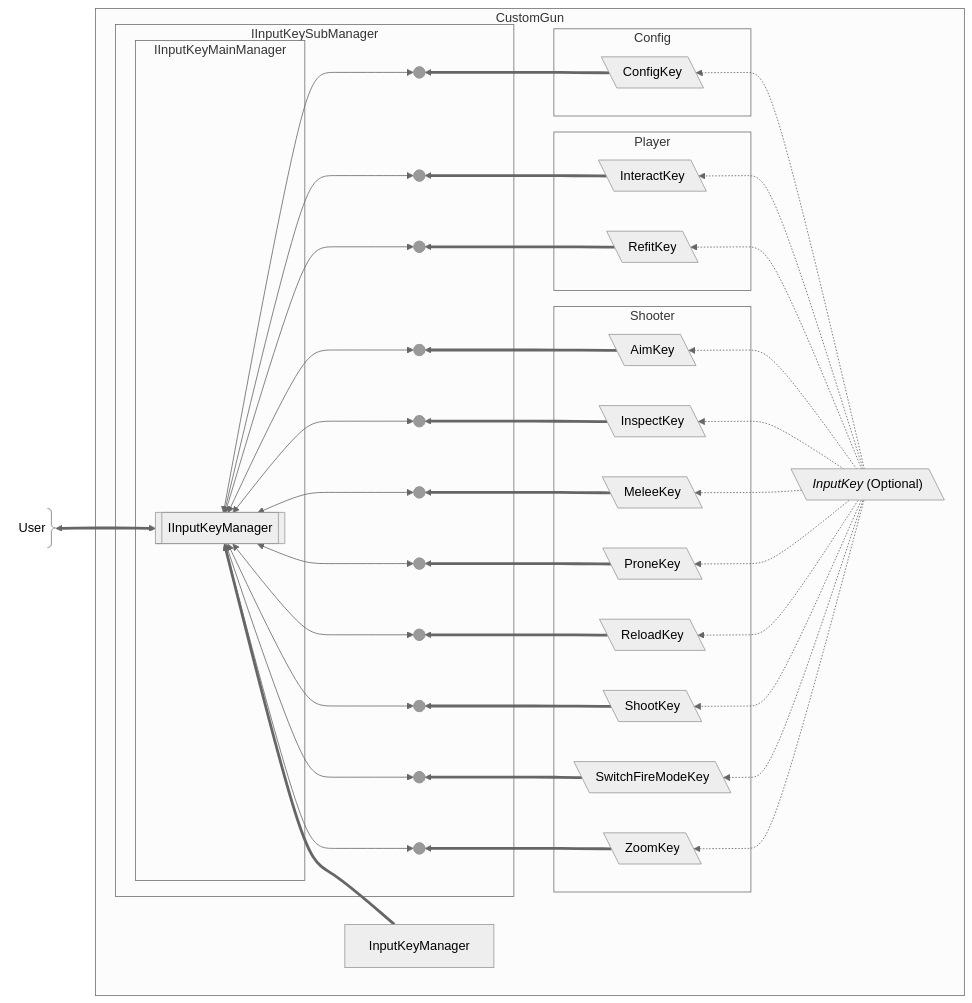
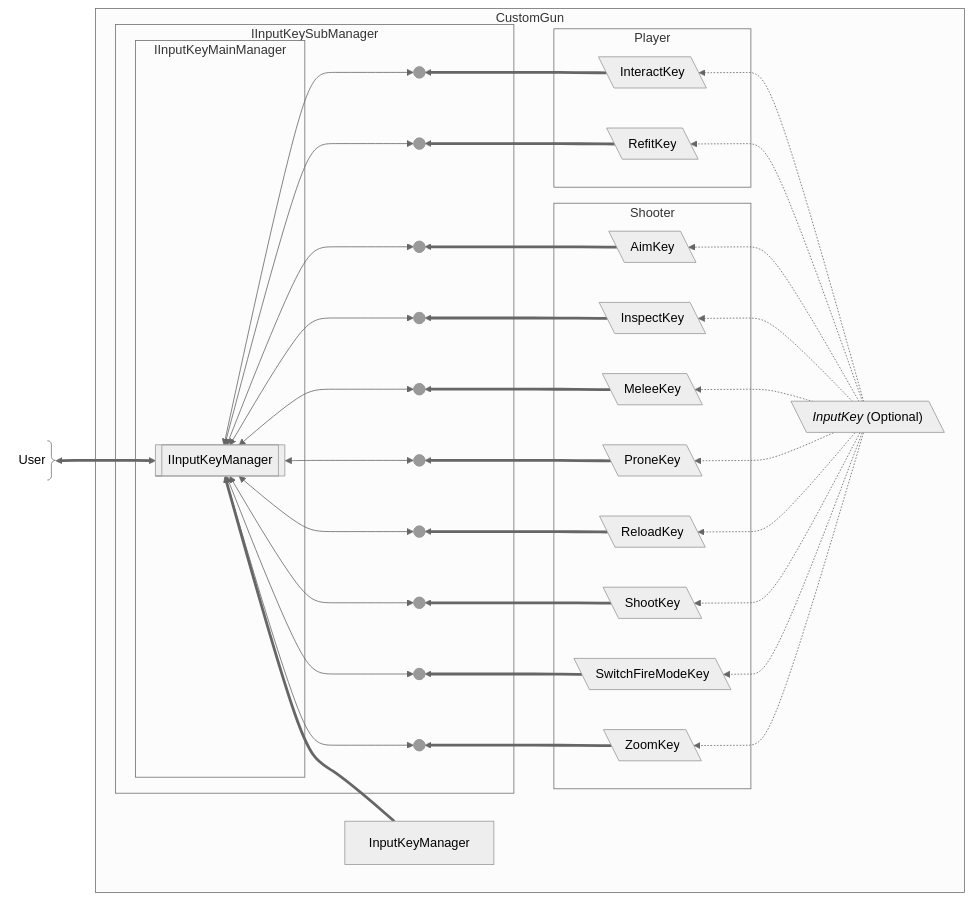
The diagram in docs/architecture/client/input/input-framework.md (XColorful/Custom-Gun-Continued), drawn with Mermaid (neutral theme) before and after one commit. The commit also changed 9 other files, not shown here.

Commit message:
Deprecate config key

````diff
--- a/docs/architecture/client/input/input-framework.md
+++ b/docs/architecture/client/input/input-framework.md
@@ -3,74 +3,68 @@
 ```mermaid
 flowchart RL
 	subgraph CustomGun
 		%% --------IInputKeySubManager分形--------
 		subgraph IInputKeySubManager
 			subgraph IInputKeyMainManager
 				IInputKeyManager
 			end
 			
-			IConfigKey & IInteractKey & IRefitKey & IAimKey & IInspectKey & IMeleeKey & IProneKey & IReloadKey & IShootKey & ISwitchFireModeKey & IZoomKey <--> IInputKeyManager
-			IConfigKey@{ shape: f-circ }
+			IInteractKey & IRefitKey & IAimKey & IInspectKey & IMeleeKey & IProneKey & IReloadKey & IShootKey & ISwitchFireModeKey & IZoomKey <--> IInputKeyManager
 			IInteractKey@{ shape: f-circ }
 			IRefitKey@{ shape: f-circ }
 			IAimKey@{ shape: f-circ }
 			IInspectKey@{ shape: f-circ }
 			IMeleeKey@{ shape: f-circ }
 			IProneKey@{ shape: f-circ }
 			IReloadKey@{ shape: f-circ }
 			IShootKey@{ shape: f-circ }
 			ISwitchFireModeKey@{ shape: f-circ }
 			IZoomKey@{ shape: f-circ }
 		end
 		
 		%% --------实现类--------
 		InputKeyManager ==> IInputKeyManager@{ shape: fr-rect }
-		ConfigKey ==> IConfigKey@{ shape: f-circ }
 		InteractKey ==> IInteractKey@{ shape: f-circ }
 		RefitKey ==> IRefitKey@{ shape: f-circ }
 		AimKey ==> IAimKey@{ shape: f-circ }
 		InspectKey ==> IInspectKey@{ shape: f-circ }
 		MeleeKey ==> IMeleeKey@{ shape: f-circ }
 		ProneKey ==> IProneKey@{ shape: f-circ }
 		ReloadKey ==> IReloadKey@{ shape: f-circ }
 		ShootKey ==> IShootKey@{ shape: f-circ }
 		SwitchFireModeKey ==> ISwitchFireModeKey@{ shape: f-circ }
 		ZoomKey ==> IZoomKey@{ shape: f-circ }
 		
 		%% ----分类----
-		subgraph Config
-			ConfigKey
-		end
 		subgraph Player
 			InteractKey
 			RefitKey
 		end
 		subgraph Shooter
 			AimKey
 			InspectKey
 			MeleeKey
 			ProneKey
 			ReloadKey
 			ShootKey
 			SwitchFireModeKey
 			ZoomKey
 		end
 		
 		%% --------切面父类（可选）--------
 		InputKey@{ shape: lean-l, label: "_InputKey_ (Optional)" }
-		InputKey -.-> ConfigKey@{ shape: lean-l }
 		InputKey -.-> InteractKey@{ shape: lean-l }
 		InputKey -.-> RefitKey@{ shape: lean-l }
 		InputKey -.-> AimKey@{ shape: lean-l }
 		InputKey -.-> InspectKey@{ shape: lean-l }
 		InputKey -.-> MeleeKey@{ shape: lean-l }
 		InputKey -.-> ProneKey@{ shape: lean-l }
 		InputKey -.-> ReloadKey@{ shape: lean-l }
 		InputKey -.-> ShootKey@{ shape: lean-l }
 		InputKey -.-> SwitchFireModeKey@{ shape: lean-l }
 		InputKey -.-> ZoomKey@{ shape: lean-l }
 	end
 	
 	%% --------外部调用--------
 	IInputKeyManager <==> User@{ shape: brace-r }
 ```
````
